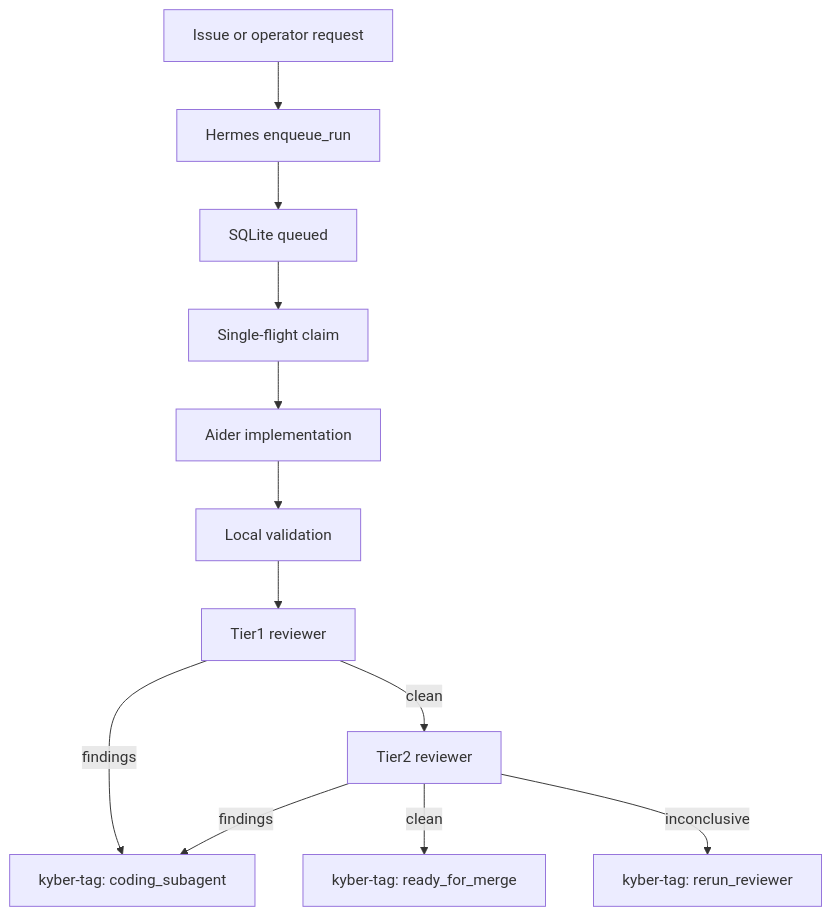
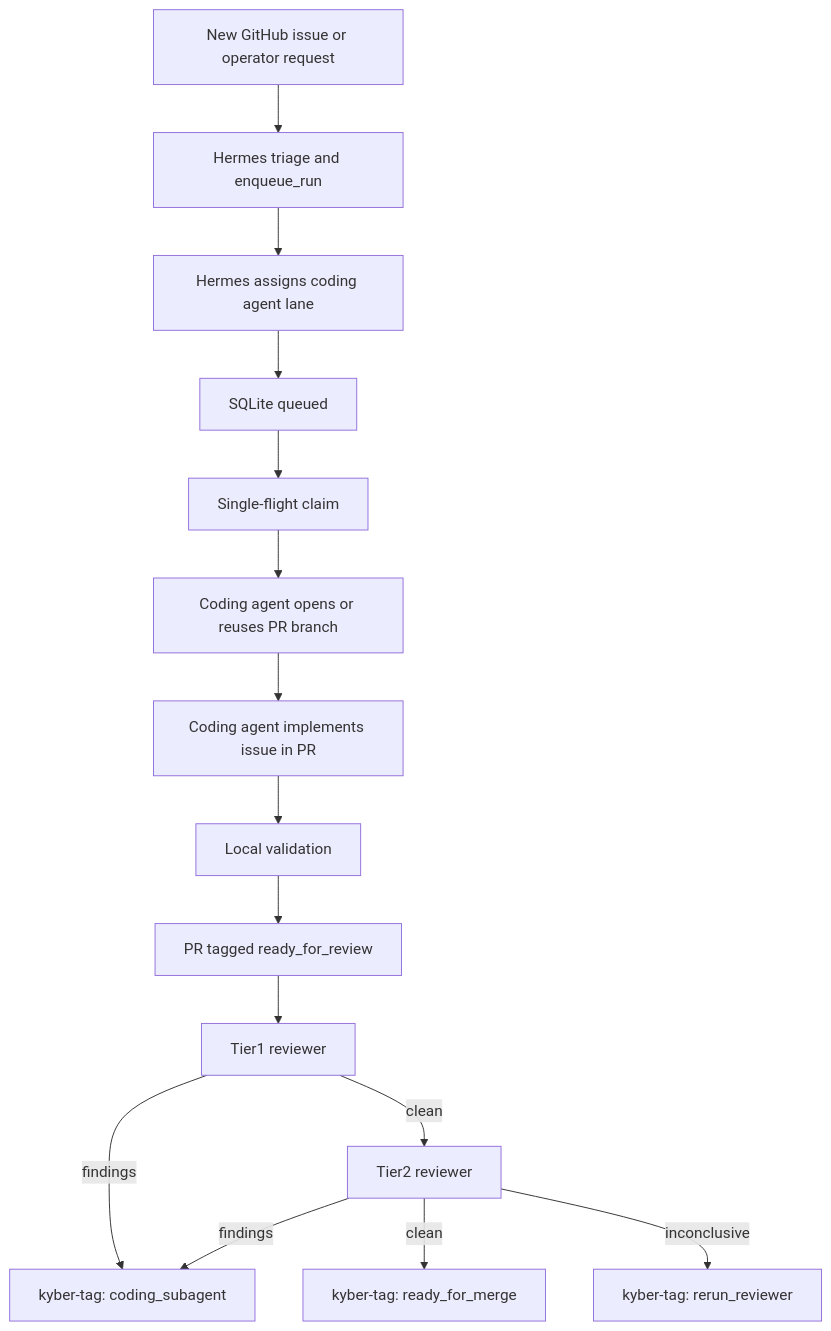
Before and after one commit to m0nklabs/kyberm0nk: the diagram in docs/ARCHITECTURE.md, drawn with Mermaid. The commit also changed other lines of this file and 3 other files, not shown here.

Commit message:
docs: expand issue-to-pr workflow before review loop

````diff
--- a/docs/ARCHITECTURE.md
+++ b/docs/ARCHITECTURE.md
@@ -70,14 +70,17 @@
 ```mermaid
 flowchart TD
-    A[Issue or operator request] --> B[Hermes enqueue_run]
-    B --> C[SQLite queued]
-    C --> D[Single-flight claim]
-    D --> E[Aider implementation]
-    E --> F[Local validation]
-    F --> G[Tier1 reviewer]
-    G -->|findings| H[kyber-tag: coding_subagent]
-    G -->|clean| I[Tier2 reviewer]
-    I -->|findings| H
-    I -->|clean| J[kyber-tag: ready_for_merge]
-    I -->|inconclusive| K[kyber-tag: rerun_reviewer]
+    A[New GitHub issue or operator request] --> B[Hermes triage and enqueue_run]
+    B --> C[Hermes assigns coding agent lane]
+    C --> D[SQLite queued]
+    D --> E[Single-flight claim]
+    E --> F[Coding agent opens or reuses PR branch]
+    F --> G[Coding agent implements issue in PR]
+    G --> H[Local validation]
+    H --> I[PR tagged ready_for_review]
+    I --> J[Tier1 reviewer]
+    J -->|findings| K[kyber-tag: coding_subagent]
+    J -->|clean| L[Tier2 reviewer]
+    L -->|findings| K
+    L -->|clean| M[kyber-tag: ready_for_merge]
+    L -->|inconclusive| N[kyber-tag: rerun_reviewer]
 ```
````
